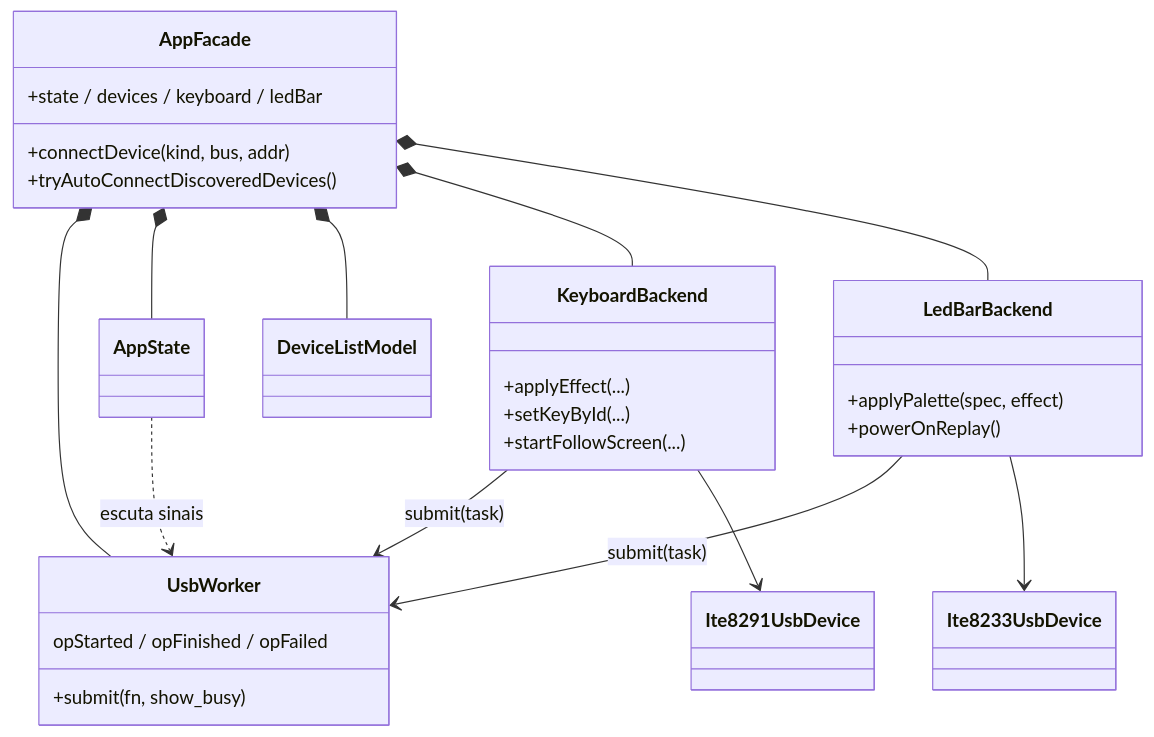
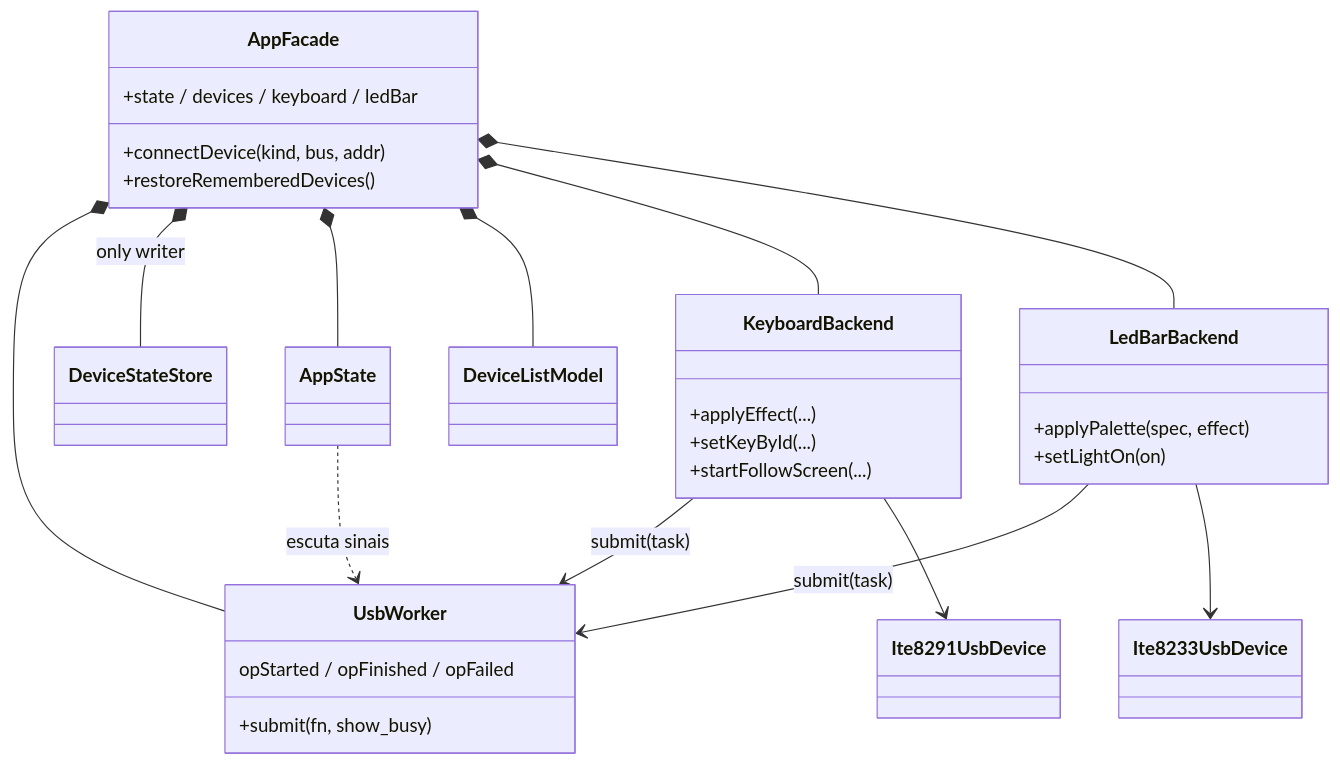
The second of 2 diagrams in docs/ARCHITECTURE.pt-BR.md (jillesmc/avell-storm-rgb-control), drawn with Mermaid before and after one commit. The commit also changed other lines of this file and 18 other files, not shown here.

Commit message:
task_06: document remembered devices in both languages

````diff
--- a/docs/ARCHITECTURE.pt-BR.md
+++ b/docs/ARCHITECTURE.pt-BR.md
@@ -70,31 +70,32 @@
 ```mermaid
 classDiagram
     class AppFacade {
         +state / devices / keyboard / ledBar
         +connectDevice(kind, bus, addr)
-        +tryAutoConnectDiscoveredDevices()
+        +restoreRememberedDevices()
     }
     class UsbWorker {
         +submit(fn, show_busy)
         opStarted / opFinished / opFailed
     }
     class KeyboardBackend {
         +applyEffect(...)
         +setKeyById(...)
         +startFollowScreen(...)
     }
     class LedBarBackend {
         +applyPalette(spec, effect)
-        +powerOnReplay()
+        +setLightOn(on)
     }
     AppFacade *-- UsbWorker
+    AppFacade *-- DeviceStateStore : only writer
     AppFacade *-- AppState
     AppFacade *-- DeviceListModel
     AppFacade *-- KeyboardBackend
     AppFacade *-- LedBarBackend
     KeyboardBackend --> UsbWorker : submit(task)
     LedBarBackend --> UsbWorker : submit(task)
     AppState ..> UsbWorker : escuta sinais
     KeyboardBackend --> Ite8291UsbDevice
     LedBarBackend --> Ite8233UsbDevice
 ```
````
